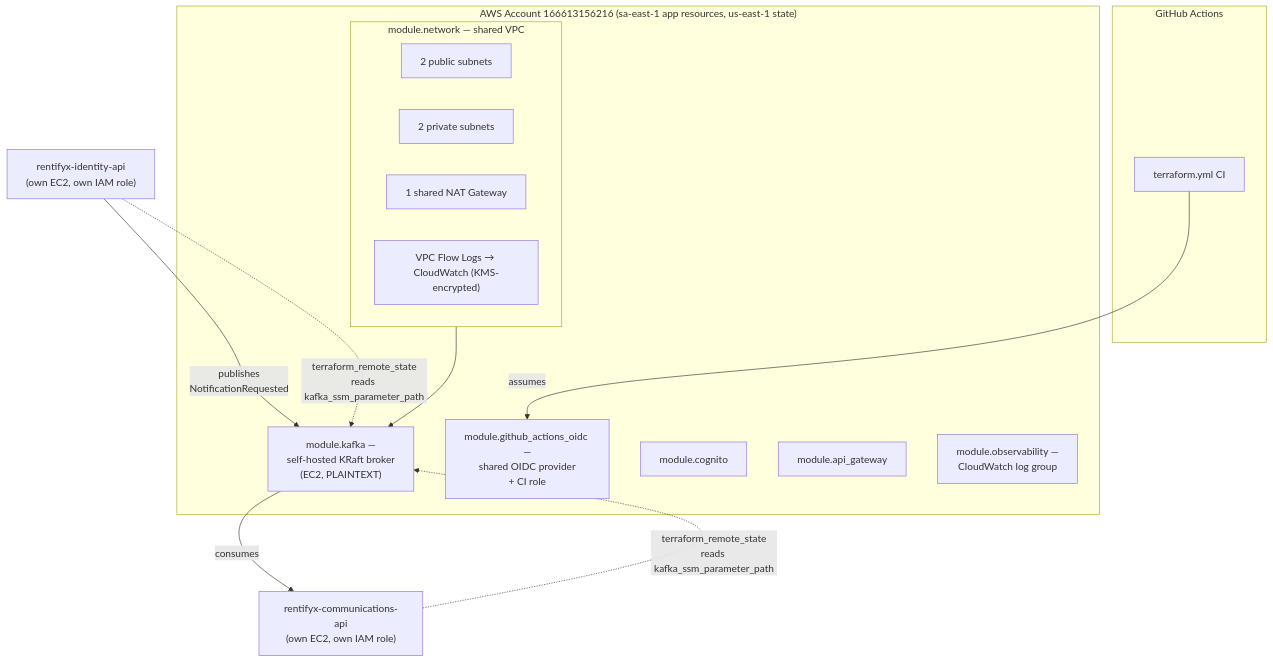
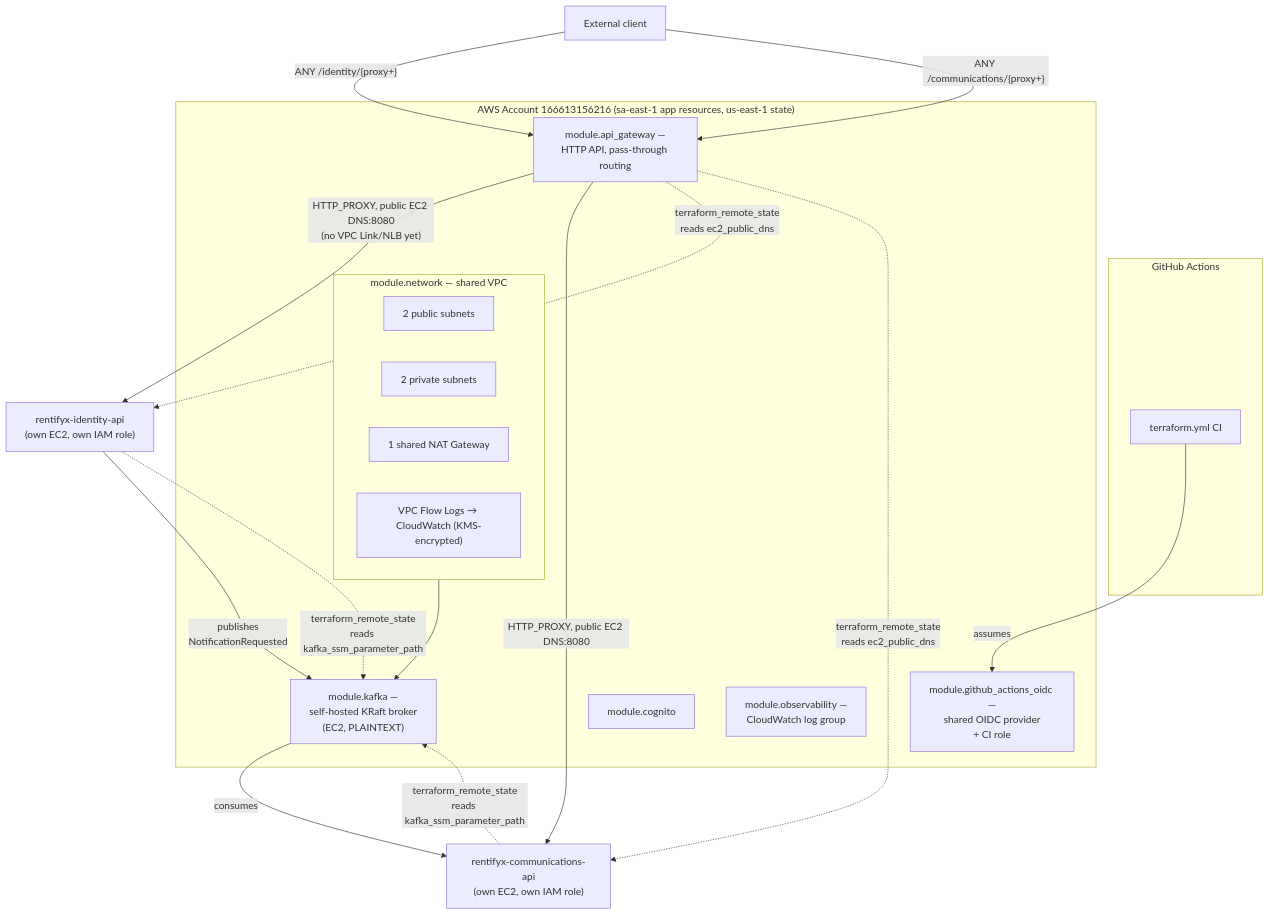
The diagram in README.md (eugeniobandeira/rentifyx-platform), drawn with Mermaid before and after one commit. The commit also changed other lines of this file, not shown here.

First line of the commit message:
docs: document API Gateway routing in README

````diff
--- a/README.md
+++ b/README.md
@@ -27,32 +27,39 @@
 ```mermaid
 flowchart TB
     subgraph GH["GitHub Actions"]
         CI["terraform.yml CI"]
     end
 
     subgraph AWS["AWS Account 166613156216 (sa-east-1 app resources, us-east-1 state)"]
         subgraph VPC["module.network — shared VPC"]
             Pub["2 public subnets"]
             Priv["2 private subnets"]
             NAT["1 shared NAT Gateway"]
             FlowLogs["VPC Flow Logs → CloudWatch (KMS-encrypted)"]
         end
 
         MSK["module.kafka —<br/>self-hosted KRaft broker<br/>(EC2, PLAINTEXT)"]
         OIDC["module.github_actions_oidc —<br/>shared OIDC provider<br/>+ CI role"]
         Cognito["module.cognito"]
-        APIGW["module.api_gateway"]
+        APIGW["module.api_gateway —<br/>HTTP API, pass-through routing"]
         Obs["module.observability —<br/>CloudWatch log group"]
 
         VPC --> MSK
     end
 
+    Client["External client"]
     IdentityAPI["rentifyx-identity-api<br/>(own EC2, own IAM role)"]
     CommsAPI["rentifyx-communications-api<br/>(own EC2, own IAM role)"]
 
+    Client -->|"ANY /identity/{proxy+}"| APIGW
+    Client -->|"ANY /communications/{proxy+}"| APIGW
+    APIGW -->|"HTTP_PROXY, public EC2 DNS:8080<br/>(no VPC Link/NLB yet)"| IdentityAPI
+    APIGW -->|"HTTP_PROXY, public EC2 DNS:8080"| CommsAPI
     IdentityAPI -->|"publishes<br/>NotificationRequested"| MSK
     MSK -->|"consumes"| CommsAPI
     IdentityAPI -.->|"terraform_remote_state<br/>reads kafka_ssm_parameter_path"| MSK
     CommsAPI -.->|"terraform_remote_state<br/>reads kafka_ssm_parameter_path"| MSK
+    APIGW -.->|"terraform_remote_state<br/>reads ec2_public_dns"| IdentityAPI
+    APIGW -.->|"terraform_remote_state<br/>reads ec2_public_dns"| CommsAPI
     CI -->|"assumes"| OIDC
 ```
````
